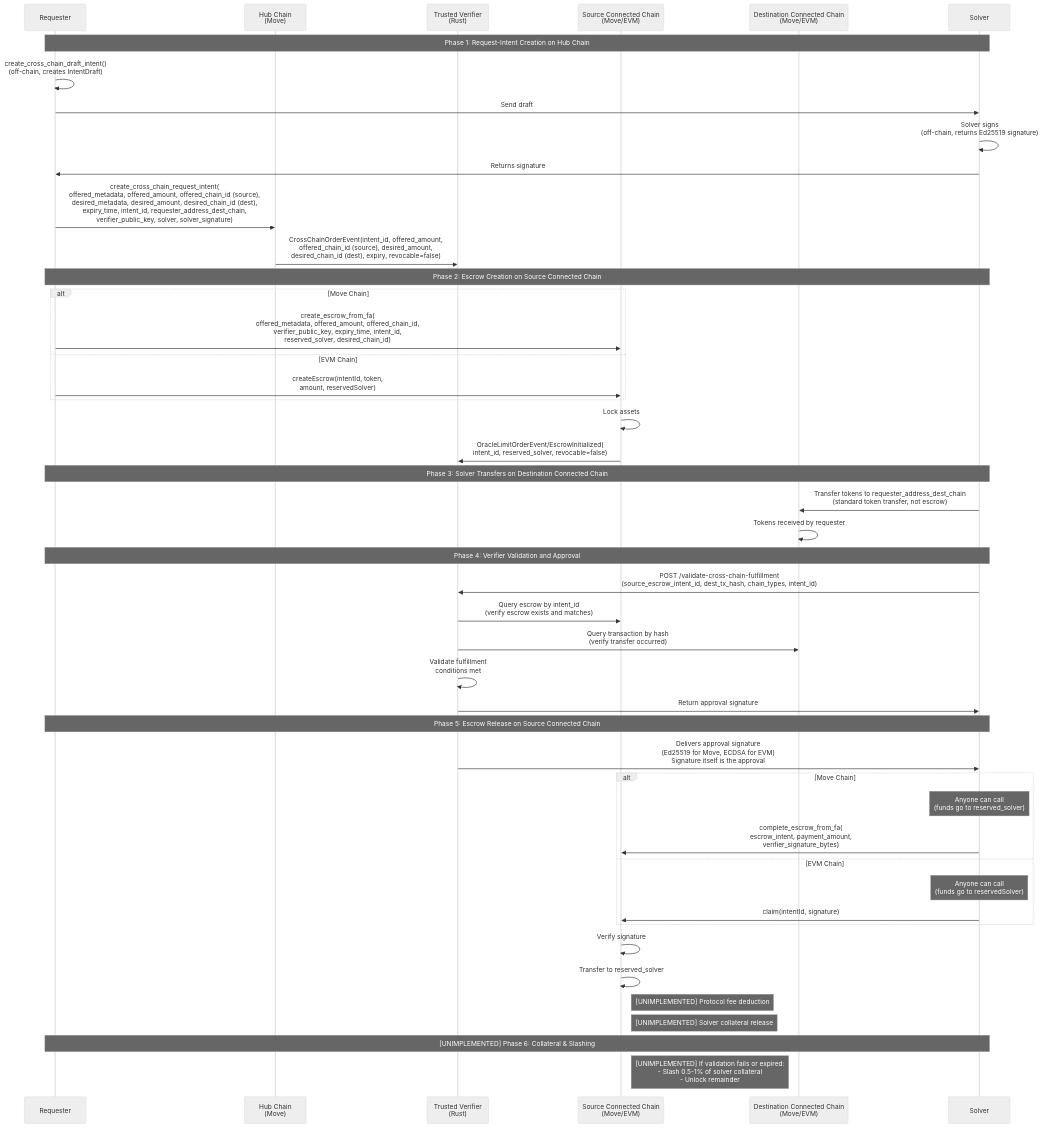
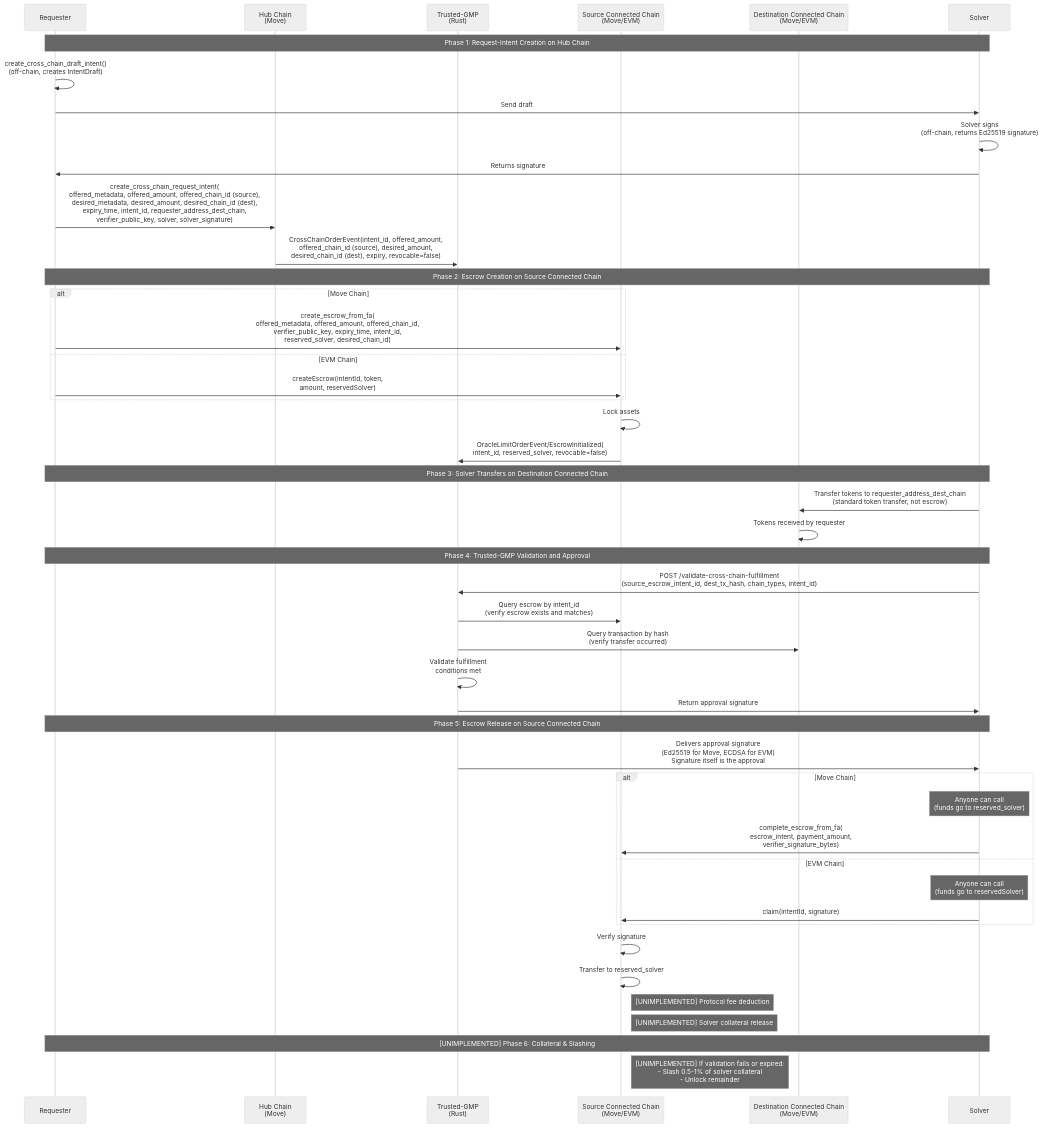
One commit to MoveIndustries/int3nts changed the diagram in docs/architecture/conception/architecture-diff.md. Above: the diagram before and after it, drawn with Mermaid (neutral theme). The commit also changed other lines of this file and 20 other files, not shown here.

First line of the commit message:
Rename solver verifier_client to coordinator_gmp_client

````diff
--- a/docs/architecture/conception/architecture-diff.md
+++ b/docs/architecture/conception/architecture-diff.md
@@ -89,54 +89,54 @@
 ```mermaid
 sequenceDiagram
     participant Requester
     participant Hub as Hub Chain<br/>(Move)
-    participant Verifier as Trusted Verifier<br/>(Rust)
+    participant TrustedGMP as Trusted-GMP<br/>(Rust)
     participant Source as Source Connected Chain<br/>(Move/EVM)
     participant Dest as Destination Connected Chain<br/>(Move/EVM)
     participant Solver
 
     Note over Requester,Solver: Phase 1: Request-Intent Creation on Hub Chain
     Requester->>Requester: create_cross_chain_draft_intent()<br/>(off-chain, creates IntentDraft)
     Requester->>Solver: Send draft
     Solver->>Solver: Solver signs<br/>(off-chain, returns Ed25519 signature)
     Solver->>Requester: Returns signature
     Requester->>Hub: create_cross_chain_request_intent(<br/>offered_metadata, offered_amount, offered_chain_id (source),<br/>desired_metadata, desired_amount, desired_chain_id (dest),<br/>expiry_time, intent_id, requester_address_dest_chain,<br/>verifier_public_key, solver, solver_signature)
-    Hub->>Verifier: CrossChainOrderEvent(intent_id, offered_amount,<br/>offered_chain_id (source), desired_amount,<br/>desired_chain_id (dest), expiry, revocable=false)
+    Hub->>TrustedGMP: CrossChainOrderEvent(intent_id, offered_amount,<br/>offered_chain_id (source), desired_amount,<br/>desired_chain_id (dest), expiry, revocable=false)
 
     Note over Requester,Solver: Phase 2: Escrow Creation on Source Connected Chain
     alt Move Chain
         Requester->>Source: create_escrow_from_fa(<br/>offered_metadata, offered_amount, offered_chain_id,<br/>verifier_public_key, expiry_time, intent_id,<br/>reserved_solver, desired_chain_id)
     else EVM Chain
         Requester->>Source: createEscrow(intentId, token,<br/>amount, reservedSolver)
     end
     Source->>Source: Lock assets
-    Source->>Verifier: OracleLimitOrderEvent/EscrowInitialized(<br/>intent_id, reserved_solver, revocable=false)
+    Source->>TrustedGMP: OracleLimitOrderEvent/EscrowInitialized(<br/>intent_id, reserved_solver, revocable=false)
 
     Note over Requester,Solver: Phase 3: Solver Transfers on Destination Connected Chain
     Solver->>Dest: Transfer tokens to requester_address_dest_chain<br/>(standard token transfer, not escrow)
     Dest->>Dest: Tokens received by requester
 
-    Note over Requester,Solver: Phase 4: Verifier Validation and Approval
-    Solver->>Verifier: POST /validate-cross-chain-fulfillment<br/>(source_escrow_intent_id, dest_tx_hash, chain_types, intent_id)
-    Verifier->>Source: Query escrow by intent_id<br/>(verify escrow exists and matches)
-    Verifier->>Dest: Query transaction by hash<br/>(verify transfer occurred)
-    Verifier->>Verifier: Validate fulfillment<br/>conditions met
-    Verifier->>Solver: Return approval signature
+    Note over Requester,Solver: Phase 4: Trusted-GMP Validation and Approval
+    Solver->>TrustedGMP: POST /validate-cross-chain-fulfillment<br/>(source_escrow_intent_id, dest_tx_hash, chain_types, intent_id)
+    TrustedGMP->>Source: Query escrow by intent_id<br/>(verify escrow exists and matches)
+    TrustedGMP->>Dest: Query transaction by hash<br/>(verify transfer occurred)
+    TrustedGMP->>TrustedGMP: Validate fulfillment<br/>conditions met
+    TrustedGMP->>Solver: Return approval signature
 
     Note over Requester,Solver: Phase 5: Escrow Release on Source Connected Chain
-    Verifier->>Solver: Delivers approval signature<br/>(Ed25519 for Move, ECDSA for EVM)<br/>Signature itself is the approval
+    TrustedGMP->>Solver: Delivers approval signature<br/>(Ed25519 for Move, ECDSA for EVM)<br/>Signature itself is the approval
     alt Move Chain
         Note over Solver: Anyone can call<br/>(funds go to reserved_solver)
         Solver->>Source: complete_escrow_from_fa(<br/>escrow_intent, payment_amount,<br/>verifier_signature_bytes)
     else EVM Chain
         Note over Solver: Anyone can call<br/>(funds go to reservedSolver)
         Solver->>Source: claim(intentId, signature)
     end
     Source->>Source: Verify signature
     Source->>Source: Transfer to reserved_solver
     Note right of Source: [UNIMPLEMENTED] Protocol fee deduction
     Note right of Source: [UNIMPLEMENTED] Solver collateral release
 
     Note over Requester,Solver: [UNIMPLEMENTED] Phase 6: Collateral & Slashing
     Note right of Source: [UNIMPLEMENTED] If validation fails or expired:<br/>- Slash 0.5-1% of solver collateral<br/>- Unlock remainder
 ```
````
